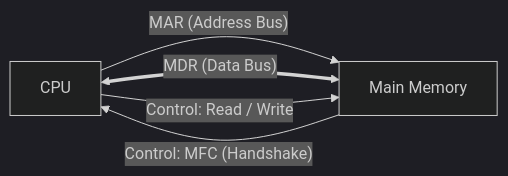
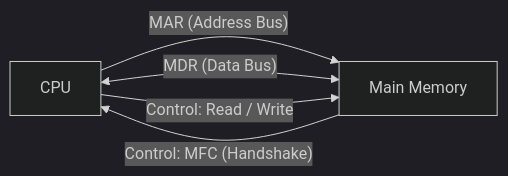
Before and after one commit to YatishGowda09/Sem-3-CSE-Notes: the first of 5 diagrams in DLCD/Unit 3/L03 - Memory Operations and Instruction Sequencing.md, drawn with Mermaid (dark theme). The commit also changed 70 other files, not shown here.

First line of the commit message:
Fix Mermaid diagram syntax for GitHub rendering compatibility

````diff
--- a/DLCD/Unit 3/L03 - Memory Operations and Instruction Sequencing.md
+++ b/DLCD/Unit 3/L03 - Memory Operations and Instruction Sequencing.md
@@ -22,7 +22,7 @@
 ```mermaid
 flowchart LR
     CPU["CPU"] -- "MAR (Address Bus)" --> MEM["Main Memory"]
-    CPU <== "MDR (Data Bus)" ==> MEM
+    CPU <-->|"MDR (Data Bus)"| MEM
     CPU -- "Control: Read / Write" --> MEM
     MEM -- "Control: MFC (Handshake)" --> CPU
 ```
````
